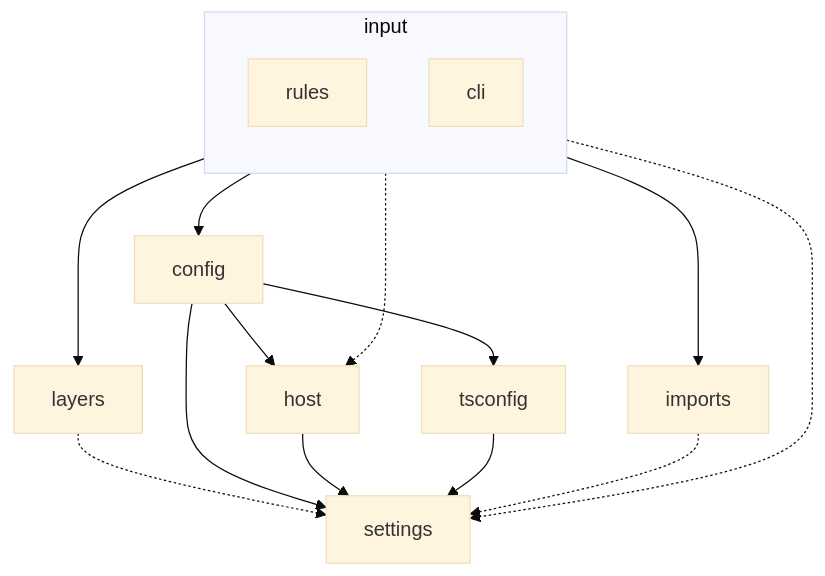
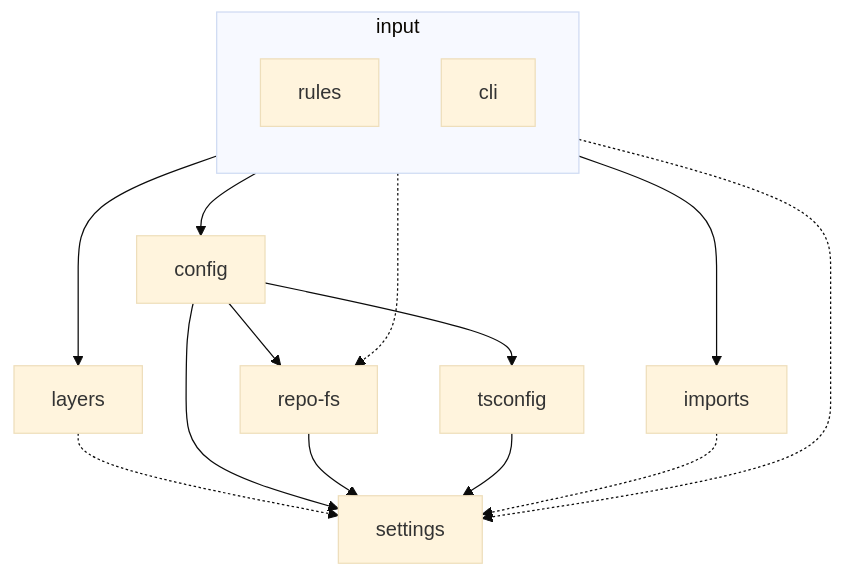
Before and after one commit to jt4d-lab/weld: the diagram in src/dependencies.md, drawn with Mermaid (base theme). The commit also changed 28 other files, not shown here.

````diff
--- a/src/dependencies.md
+++ b/src/dependencies.md
@@ -3,35 +3,35 @@
 ```mermaid
 flowchart TD
     subgraph input
         direction TB
 
         rules
 
         cli
     end
 
     config
-    host
+    repoFs["repo-fs"]
     tsconfig
     layers
     imports
     settings
 
     input --> config
     input --> imports
     input --> layers
     input -.-> settings
-    input -.-> host
+    input -.-> repoFs
 
     layers -.-> settings
 
     config --> settings
     config --> tsconfig
-    config --> host
+    config --> repoFs
 
-    host --> settings
+    repoFs --> settings
 
     tsconfig --> settings
 
     imports -.-> settings
 ```
````
